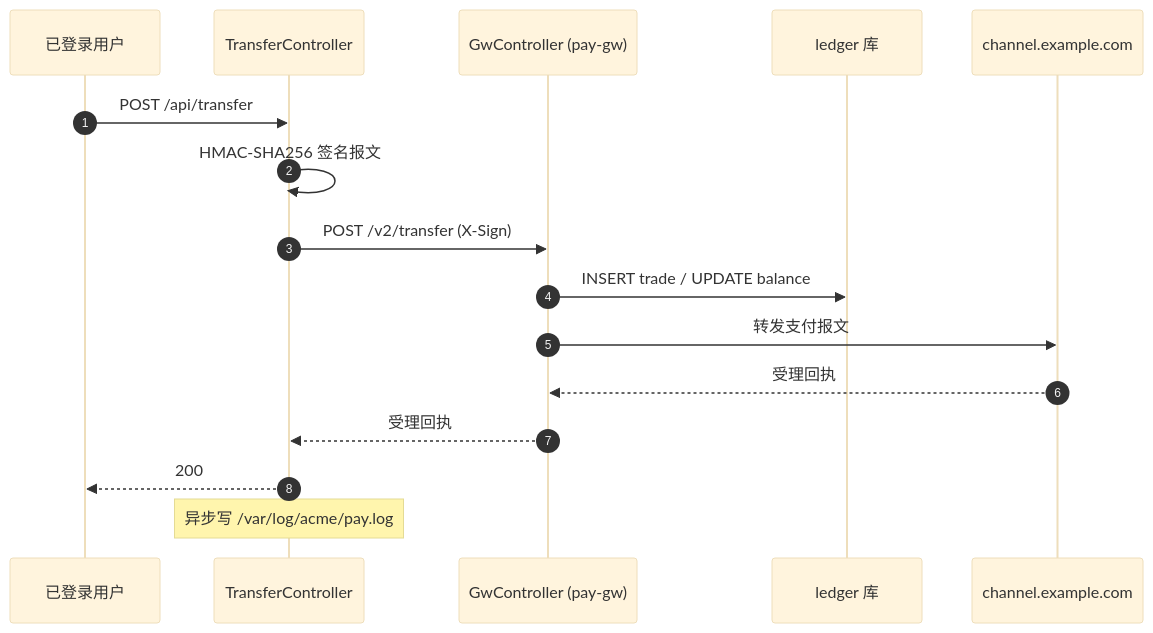
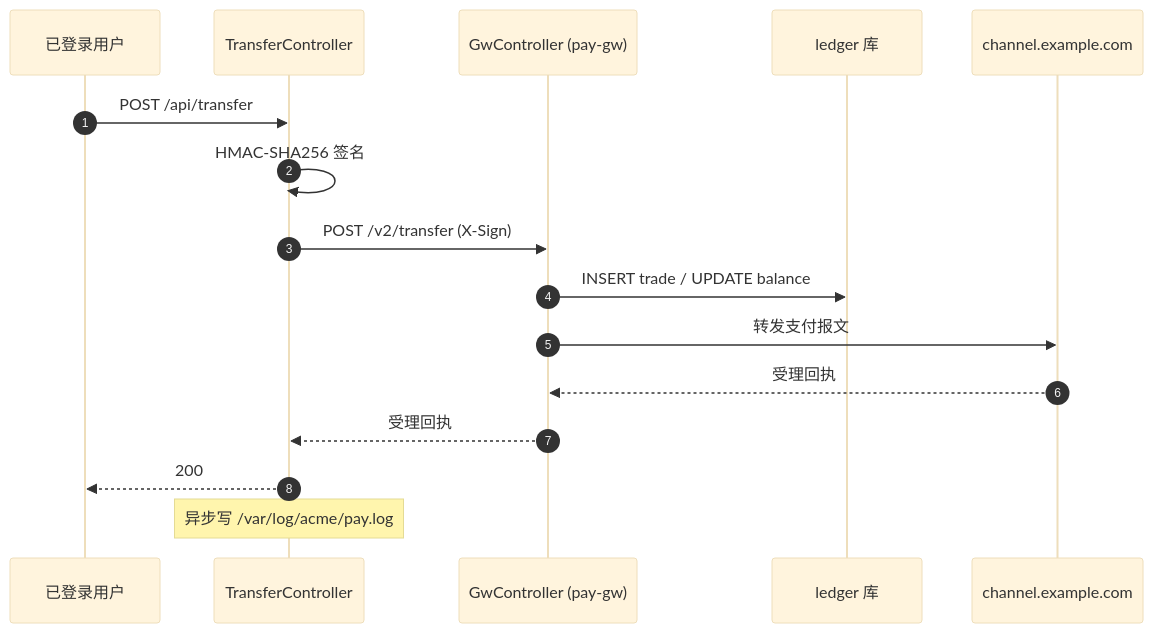
Before and after one commit to gcf0082/biz-flow-recon: the diagram in templates/endpoint.md, drawn with Mermaid (base theme). The commit also changed other lines of this file and 4 other files, not shown here.

````diff
--- a/templates/endpoint.md
+++ b/templates/endpoint.md
@@ -13,19 +7,19 @@
 ```mermaid
 sequenceDiagram
     autonumber
     participant U as 已登录用户
     participant T as TransferController
     participant GW as GwController (pay-gw)
     participant L as ledger 库
     participant CH as channel.example.com
 
     U->>T: POST /api/transfer
-    T->>T: HMAC-SHA256 签名报文
+    T->>T: HMAC-SHA256 签名
     T->>GW: POST /v2/transfer (X-Sign)
     GW->>L: INSERT trade / UPDATE balance
     GW->>CH: 转发支付报文
     CH-->>GW: 受理回执
     GW-->>T: 受理回执
     T-->>U: 200
     Note over T: 异步写 /var/log/acme/pay.log
 ```
````
